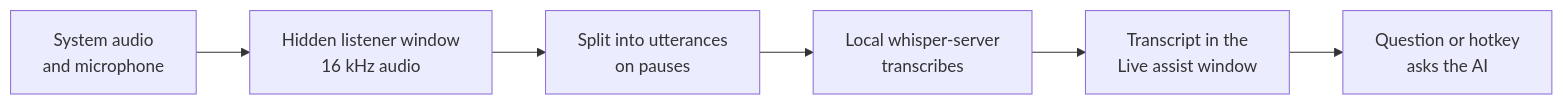
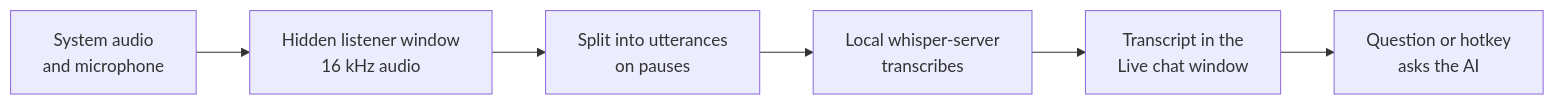
Before and after one commit to NarihitoM/AutoDesk: the second of 2 diagrams in README.md, drawn with Mermaid. The commit also changed other lines of this file and 21 other files, not shown here.

First line of the commit message:
feat: start live assist from a tab and show it as a chat

````diff
--- a/README.md
+++ b/README.md
@@ -235,8 +237,8 @@
 ```mermaid
 flowchart LR
     A[System audio<br/>and microphone] --> B[Hidden listener window<br/>16 kHz audio]
     B --> C[Split into utterances<br/>on pauses]
     C --> D[Local whisper-server<br/>transcribes]
-    D --> E[Transcript in the<br/>Live assist window]
+    D --> E[Transcript in the<br/>Live chat window]
     E --> F[Question or hotkey<br/>asks the AI]
 ```
````
